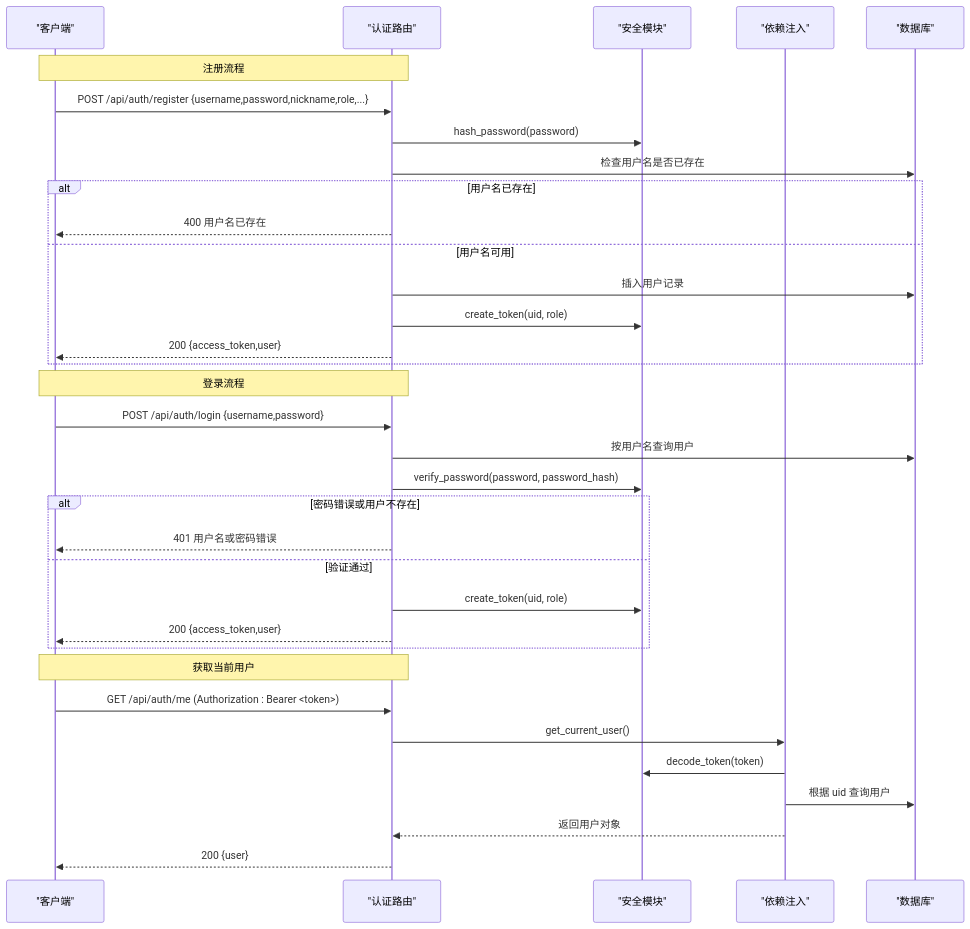
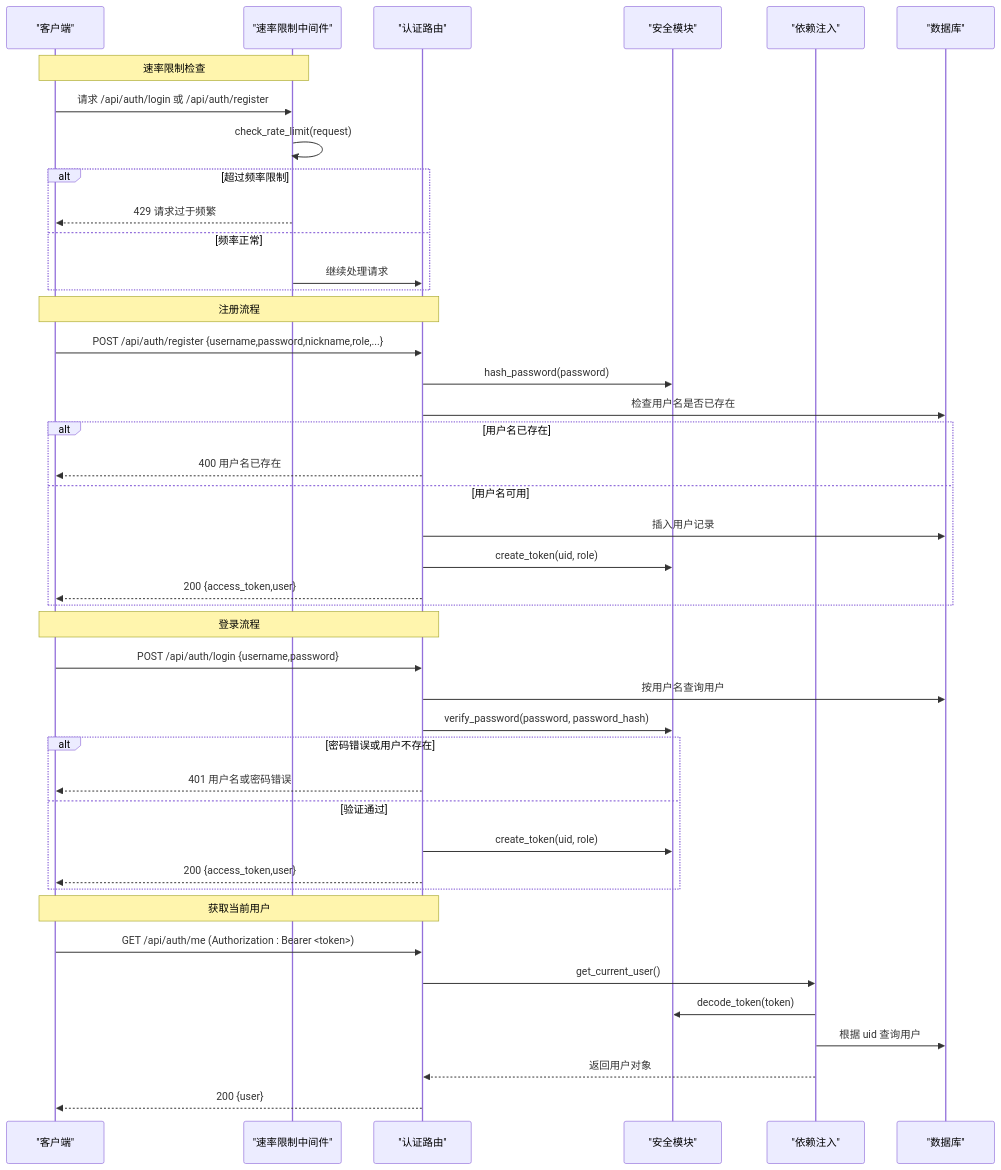
Before and after one commit to onebody/homework: the second of 8 diagrams in .qoder/repowiki/zh/content/暑假作业打卡系统/后端服务架构/路由层设计/用户认证路由.md, drawn with Mermaid. The commit also changed other lines of this file and 15 other files, not shown here.

````diff
--- a/.qoder/repowiki/zh/content/暑假作业打卡系统/后端服务架构/路由层设计/用户认证路由.md
+++ b/.qoder/repowiki/zh/content/暑假作业打卡系统/后端服务架构/路由层设计/用户认证路由.md
@@ -89,36 +101,45 @@
 ```mermaid
 sequenceDiagram
 participant C as "客户端"
+participant M as "速率限制中间件"
 participant R as "认证路由"
 participant S as "安全模块"
 participant D as "依赖注入"
 participant DB as "数据库"
+Note over C,M : 速率限制检查
+C->>M : 请求 /api/auth/login 或 /api/auth/register
+M->>M : check_rate_limit(request)
+alt 超过频率限制
+M-->>C : 429 请求过于频繁
+else 频率正常
+M->>R : 继续处理请求
+end
 Note over C,R : 注册流程
 C->>R : POST /api/auth/register {username,password,nickname,role,...}
 R->>S : hash_password(password)
 R->>DB : 检查用户名是否已存在
 alt 用户名已存在
 R-->>C : 400 用户名已存在
 else 用户名可用
 R->>DB : 插入用户记录
 R->>S : create_token(uid, role)
 R-->>C : 200 {access_token,user}
 end
 Note over C,R : 登录流程
 C->>R : POST /api/auth/login {username,password}
 R->>DB : 按用户名查询用户
 R->>S : verify_password(password, password_hash)
 alt 密码错误或用户不存在
 R-->>C : 401 用户名或密码错误
 else 验证通过
 R->>S : create_token(uid, role)
 R-->>C : 200 {access_token,user}
 end
 Note over C,R : 获取当前用户
 C->>R : GET /api/auth/me (Authorization : Bearer <token>)
 R->>D : get_current_user()
 D->>S : decode_token(token)
 D->>DB : 根据 uid 查询用户
 D-->>R : 返回用户对象
 R-->>C : 200 {user}
 ```
````
